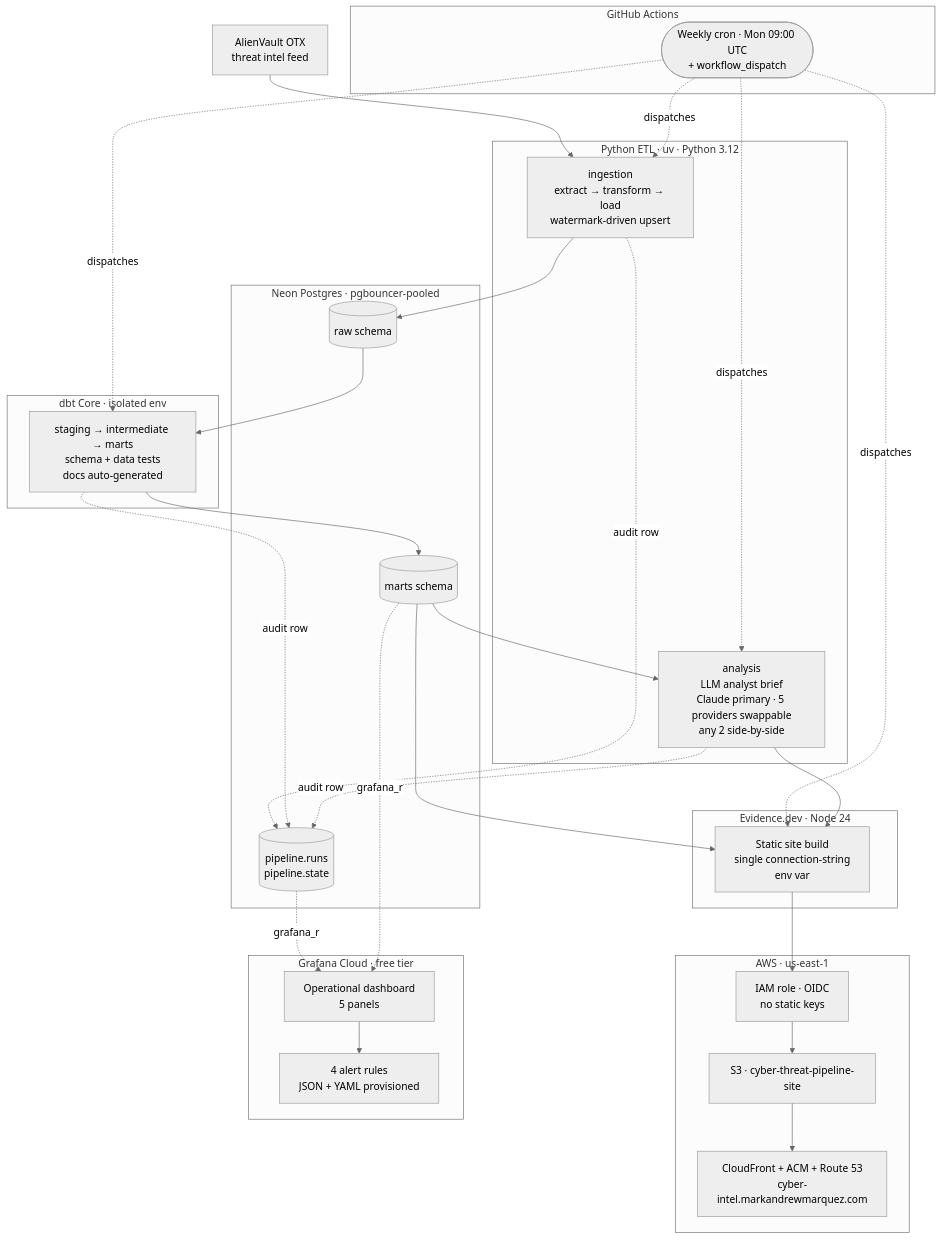
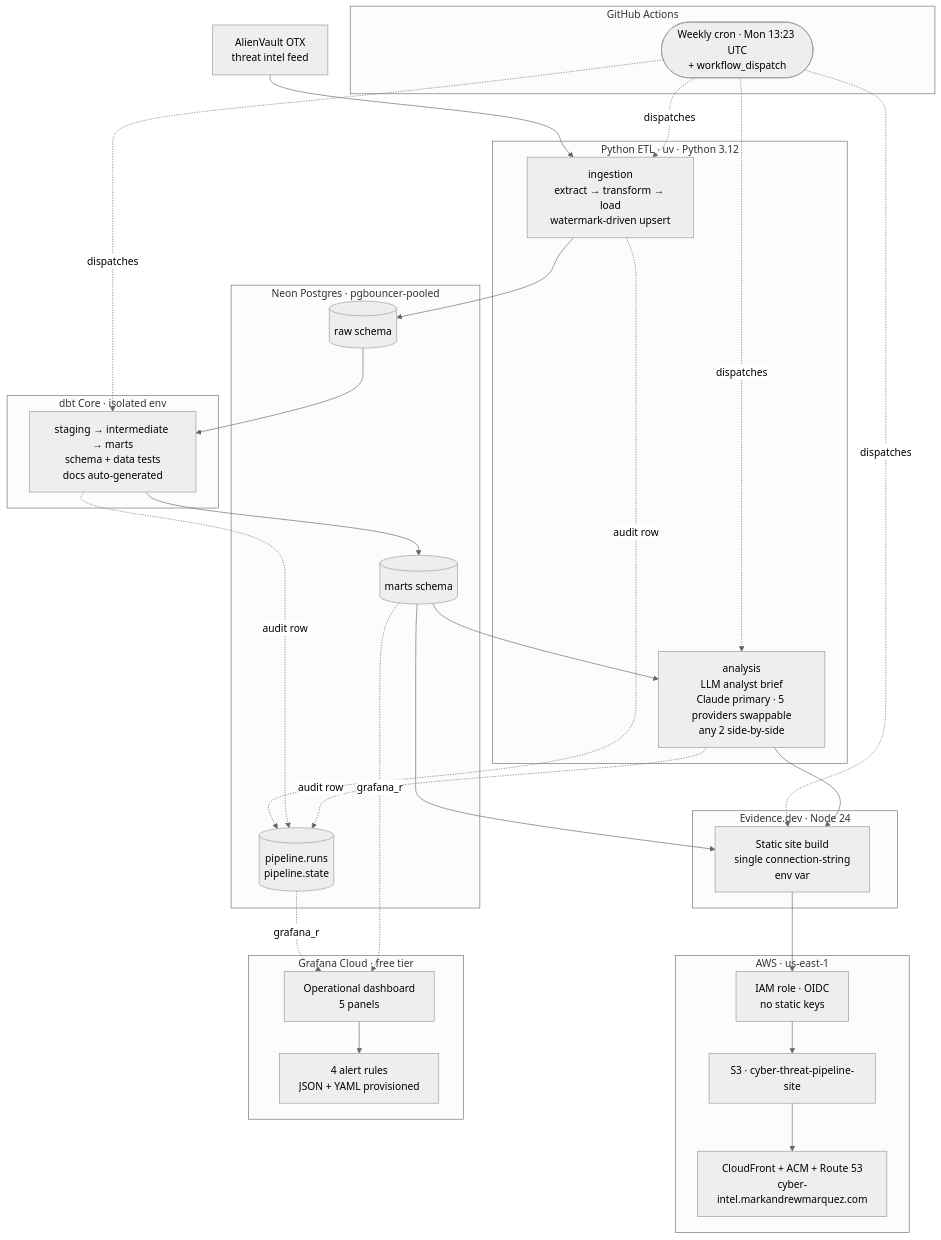
The diagram in docs/architecture.md (marky224/cyber-threat-pipeline), drawn with Mermaid (neutral theme) before and after one commit. The commit also changed other lines of this file and 12 other files, not shown here.

````diff
--- a/docs/architecture.md
+++ b/docs/architecture.md
@@ -7,58 +7,58 @@
 ```mermaid
 flowchart TB
     OTX[AlienVault OTX<br/>threat intel feed]
 
     subgraph GH["GitHub Actions"]
-        Cron(["Weekly cron · Mon 09:00 UTC<br/>+ workflow_dispatch"])
+        Cron(["Weekly cron · Mon 13:23 UTC<br/>+ workflow_dispatch"])
     end
 
     subgraph App["Python ETL · uv · Python 3.12"]
         Ingest["ingestion<br/>extract → transform → load<br/>watermark-driven upsert"]
         Analysis["analysis<br/>LLM analyst brief<br/>Claude primary · 5 providers swappable<br/>any 2 side-by-side"]
     end
 
     subgraph Neon["Neon Postgres · pgbouncer-pooled"]
         Raw[("raw schema")]
         Marts[("marts schema")]
         Audit[("pipeline.runs<br/>pipeline.state")]
     end
 
     subgraph Transform["dbt Core · isolated env"]
         DBT["staging → intermediate → marts<br/>schema + data tests<br/>docs auto-generated"]
     end
 
     subgraph Reporting["Evidence.dev · Node 24"]
         Build["Static site build<br/>single connection-string<br/>env var"]
     end
 
     subgraph AWSBox["AWS · us-east-1"]
         OIDC["IAM role · OIDC<br/>no static keys"]
         S3["S3 · cyber-threat-pipeline-site"]
         CF["CloudFront + ACM + Route 53<br/>cyber-intel.markandrewmarquez.com"]
     end
 
     subgraph Ops["Grafana Cloud · free tier"]
         Dash["Operational dashboard<br/>5 panels"]
         Alerts["4 alert rules<br/>JSON + YAML provisioned"]
     end
 
     OTX --> Ingest
     Cron -.dispatches.-> Ingest
     Cron -.dispatches.-> DBT
     Cron -.dispatches.-> Analysis
     Cron -.dispatches.-> Build
     Ingest --> Raw
     Raw --> DBT
     DBT --> Marts
     Marts --> Analysis
     Marts --> Build
     Analysis --> Build
     Build --> OIDC
     OIDC --> S3 --> CF
     Ingest -.audit row.-> Audit
     DBT -.audit row.-> Audit
     Analysis -.audit row.-> Audit
     Audit -.grafana_ro.-> Dash
     Marts -.grafana_ro.-> Dash
     Dash --> Alerts
 ```
````
